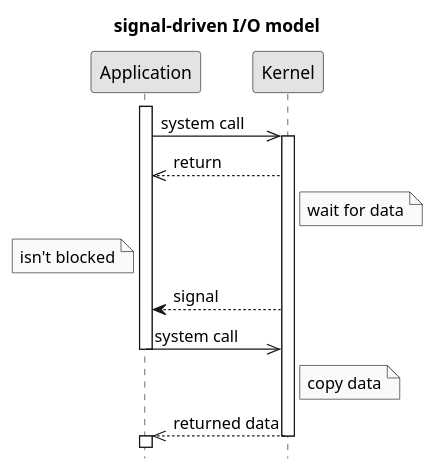
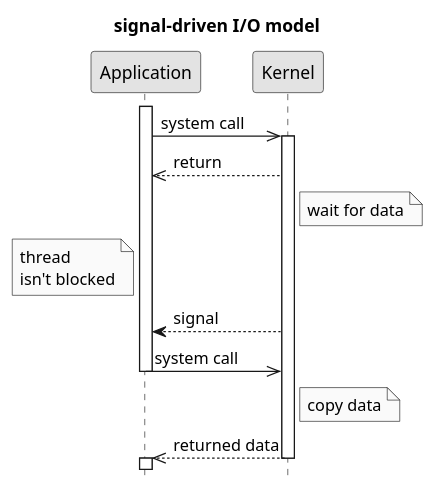
Before and after one commit to c0p4c4b4n4/demo-sockets-io-nio-nio2: the diagram in doc/plantuml/4. signal-driven IO model.puml, drawn with PlantUML. The commit also changed 3 other files, not shown here.

```diff
--- a/doc/plantuml/4. signal-driven IO model.puml
+++ b/doc/plantuml/4. signal-driven IO model.puml
@@ -1,20 +1,20 @@
 @startuml
 title signal-driven I/O model
 hide footbox
 skinparam monochrome true
 skinparam shadowing false
 activate Application
 Application->>Kernel: system call
 activate Kernel
 Kernel-->>Application: return
 Note right of Kernel: wait for data
-Note left of Application: isn't blocked
+Note left of Application: thread\nisn't blocked
 Kernel-->Application: signal
 Application->>Kernel: system call
 deactivate Application
 Note right of Kernel: copy data
 Kernel-->>Application: returned data
 deactivate Kernel
 activate Application
 deactivate Application
 @enduml
```
